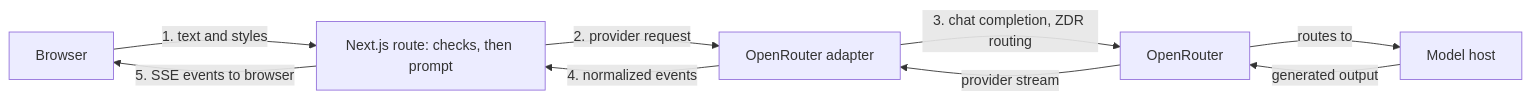
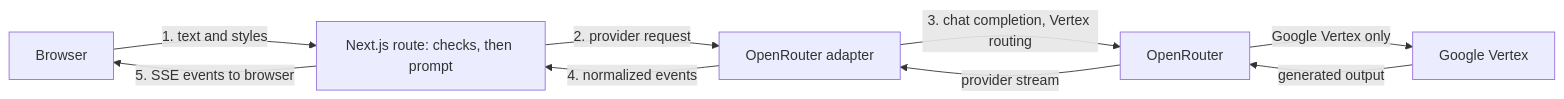
Before and after one commit to edumarcano/mimus: the diagram in README.md, drawn with Mermaid. The commit also changed other lines of this file and 3 other files, not shown here.

````diff
--- a/README.md
+++ b/README.md
@@ -40,11 +40,11 @@
 ```mermaid
 flowchart LR
   Browser -->|"1. text and styles"| Route["Next.js route: checks, then prompt"]
   Route -->|"2. provider request"| Adapter["OpenRouter adapter"]
-  Adapter -->|"3. chat completion, ZDR routing"| OpenRouter["OpenRouter"]
-  OpenRouter -->|"routes to"| Host["Model host"]
+  Adapter -->|"3. chat completion, Vertex routing"| OpenRouter["OpenRouter"]
+  OpenRouter -->|"Google Vertex only"| Host["Google Vertex"]
   Host -->|"generated output"| OpenRouter
   OpenRouter -->|"provider stream"| Adapter
   Adapter -->|"4. normalized events"| Route
   Route -->|"5. SSE events to browser"| Browser
 ```
````
